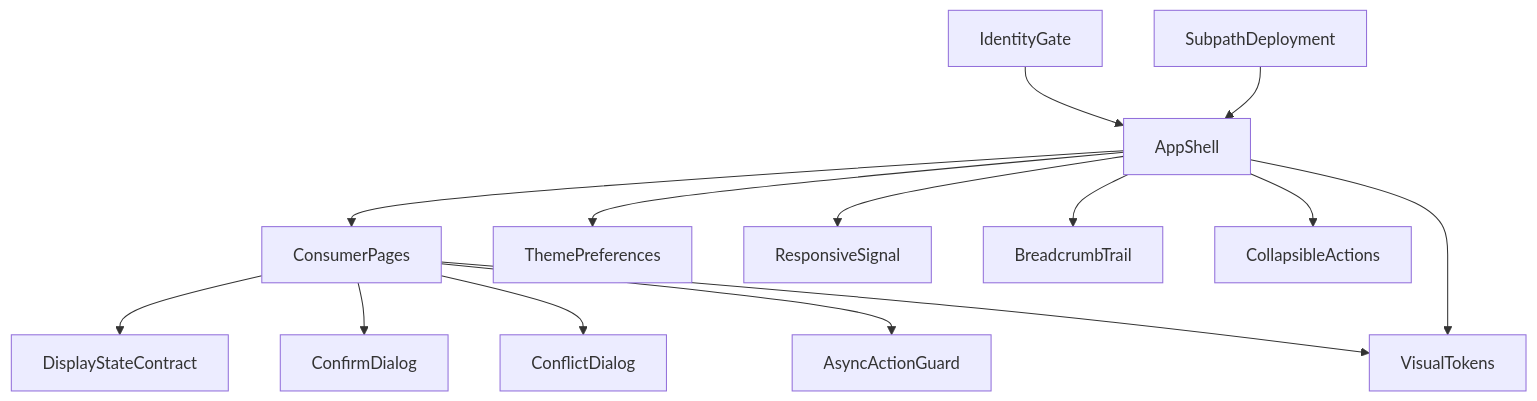
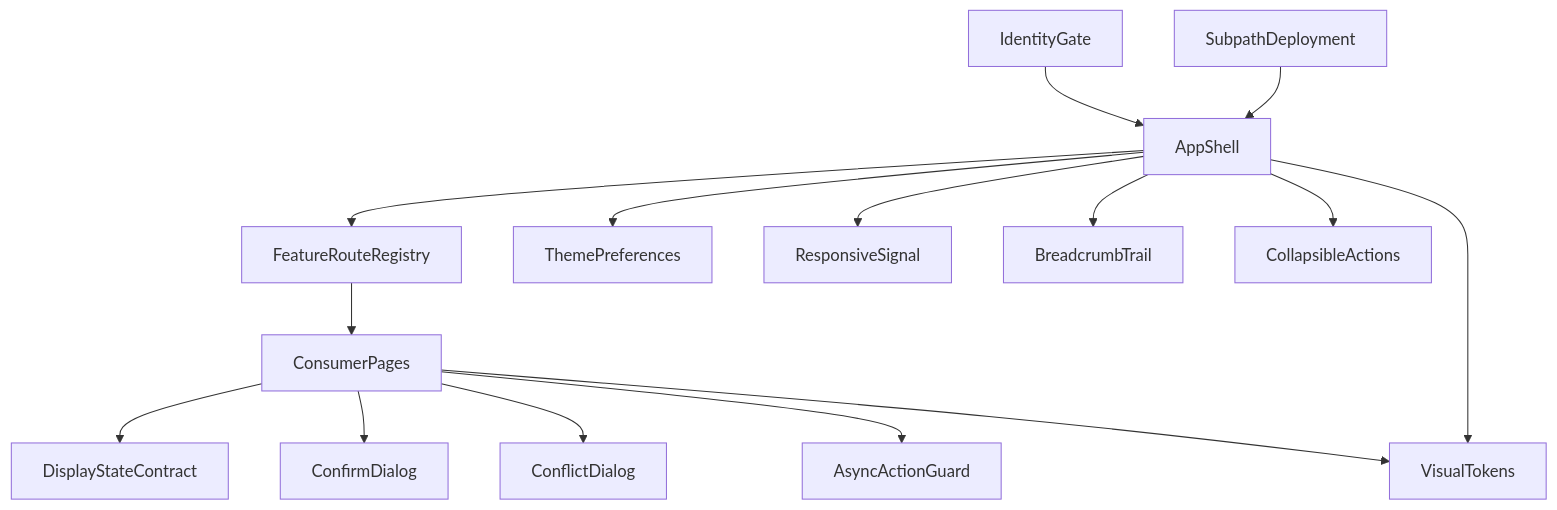
The first of 3 diagrams in .kiro/specs/app-shell-and-responsive-experience/design.md (takky81/blank-study), drawn with Mermaid before and after one commit. The commit also changed other lines of this file and 20 other files, not shown here.

````diff
--- a/.kiro/specs/app-shell-and-responsive-experience/design.md
+++ b/.kiro/specs/app-shell-and-responsive-experience/design.md
@@ -75,16 +78,17 @@
 ```mermaid
 graph TB
     IdentityGate --> AppShell
-    AppShell --> ConsumerPages
+    AppShell --> FeatureRouteRegistry
+    FeatureRouteRegistry --> ConsumerPages
     AppShell --> ThemePreferences
     AppShell --> ResponsiveSignal
     AppShell --> BreadcrumbTrail
     AppShell --> CollapsibleActions
     ConsumerPages --> DisplayStateContract
     ConsumerPages --> ConfirmDialog
     ConsumerPages --> ConflictDialog
     ConsumerPages --> AsyncActionGuard
     AppShell --> VisualTokens
     ConsumerPages --> VisualTokens
     SubpathDeployment --> AppShell
 ```
````
